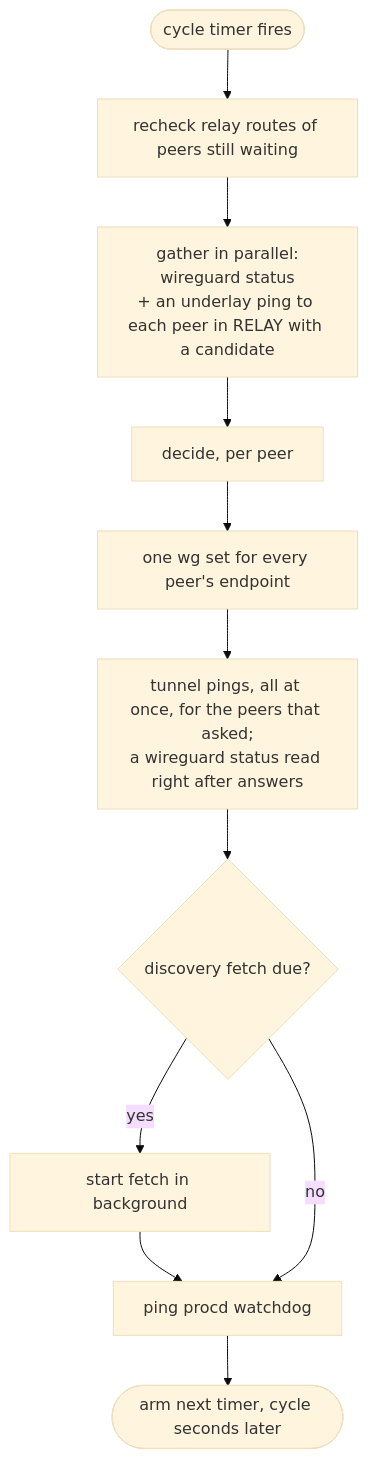
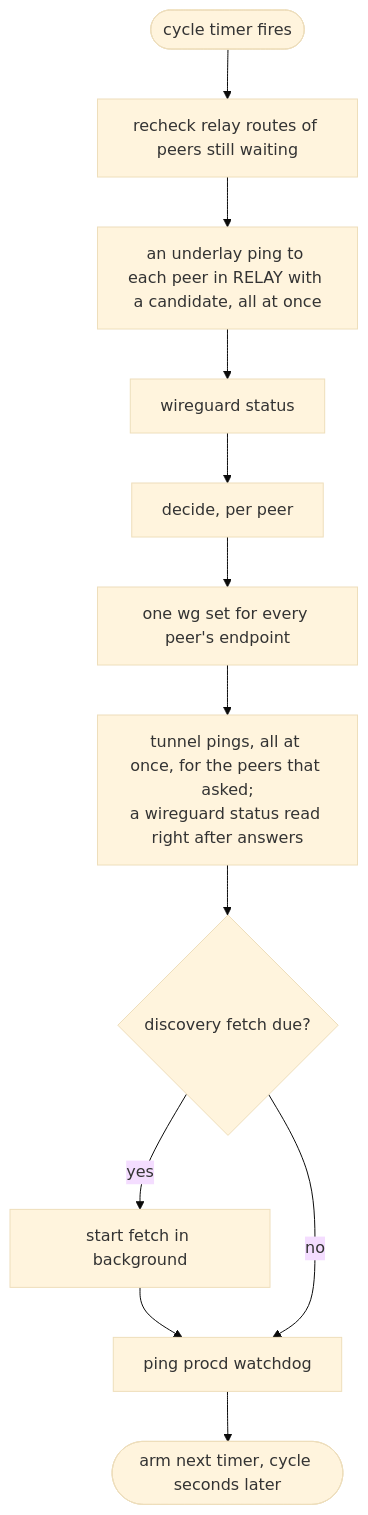
Before and after one commit to m00qek/wgpathd: the diagram in docs/explanation/architecture.md, drawn with Mermaid (base theme). The commit also changed other lines of this file, not shown here.

Commit message:
Docs: the kernel is read after the underlay probes; anchor-traffic measurements

````diff
--- a/docs/explanation/architecture.md
+++ b/docs/explanation/architecture.md
@@ -46,12 +46,13 @@
 ```mermaid
 flowchart TD
     T([cycle timer fires]) --> R[recheck relay routes of peers still waiting]
-    R --> G["gather in parallel:<br/>wireguard status<br/>+ an underlay ping to each peer in RELAY with a candidate"]
-    G --> D[decide, per peer]
+    R --> G["an underlay ping to each peer in RELAY with a candidate, all at once"]
+    G --> K[wireguard status]
+    K --> D[decide, per peer]
     D --> S["one wg set for every peer's endpoint"]
     S --> P["tunnel pings, all at once, for the peers that asked;<br/>a wireguard status read right after answers"]
     P --> F{discovery fetch due?}
     F -- yes --> BG[start fetch in background] --> W
     F -- no --> W[ping procd watchdog]
     W --> N([arm next timer, cycle seconds later])
 ```
````
